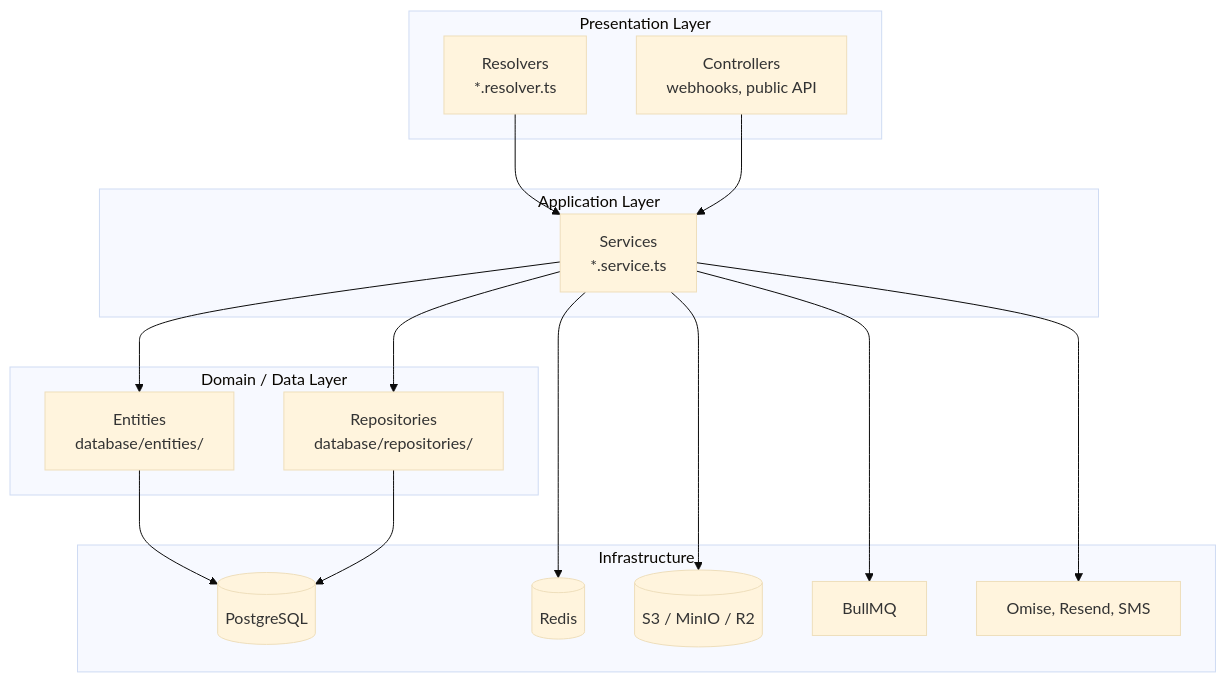
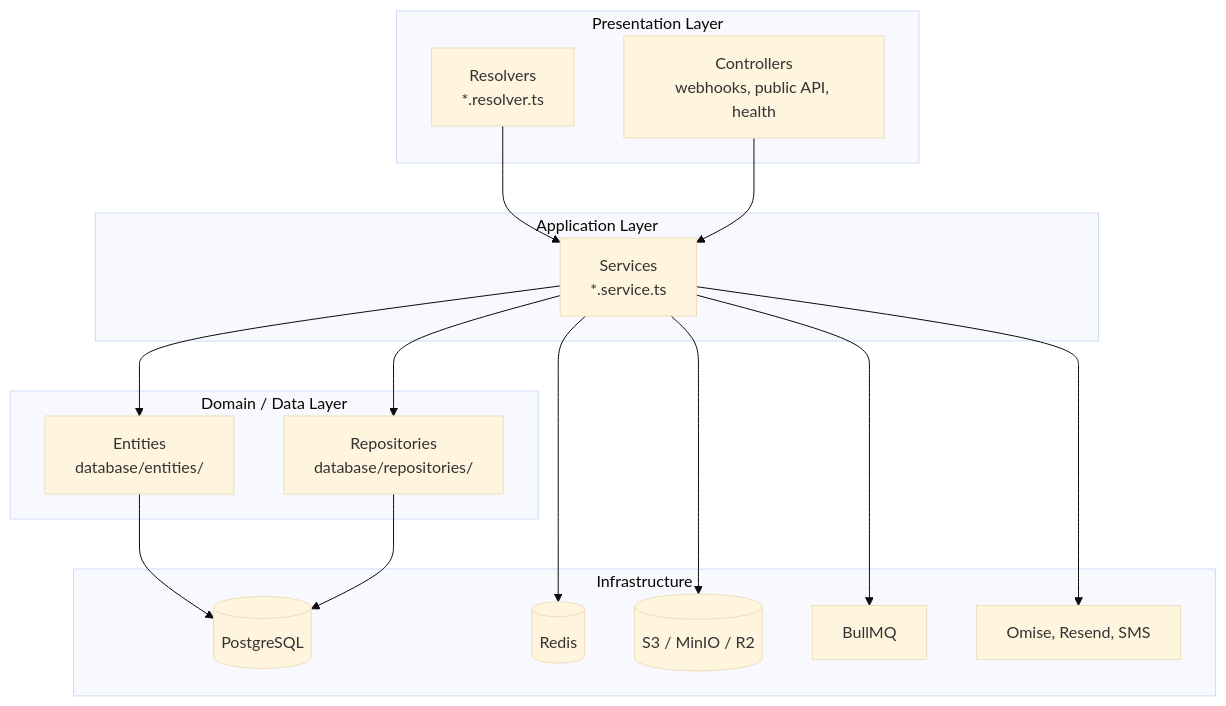
One commit to SOPet-Co-Ltd/new-sopet-backend changed the diagram in docs/architecture.md. Above: the diagram before and after it, drawn with Mermaid (base theme). The commit also changed other lines of this file and 11 other files, not shown here.

````diff
--- a/docs/architecture.md
+++ b/docs/architecture.md
@@ -7,35 +7,35 @@
 ```mermaid
 flowchart TB
   subgraph presentation [Presentation Layer]
     R[Resolvers<br/>*.resolver.ts]
-    C[Controllers<br/>webhooks, public API]
+    C[Controllers<br/>webhooks, public API, health]
   end
 
   subgraph application [Application Layer]
     S[Services<br/>*.service.ts]
   end
 
   subgraph domain [Domain / Data Layer]
     E[Entities<br/>database/entities/]
     REP[Repositories<br/>database/repositories/]
   end
 
   subgraph infrastructure [Infrastructure]
     PG[(PostgreSQL)]
     RD[(Redis)]
     S3[(S3 / MinIO / R2)]
     MQ[BullMQ]
     EXT[Omise, Resend, SMS]
   end
 
   R --> S
   C --> S
   S --> E
   S --> REP
   S --> RD
   S --> S3
   S --> MQ
   S --> EXT
   E --> PG
   REP --> PG
 ```
````
